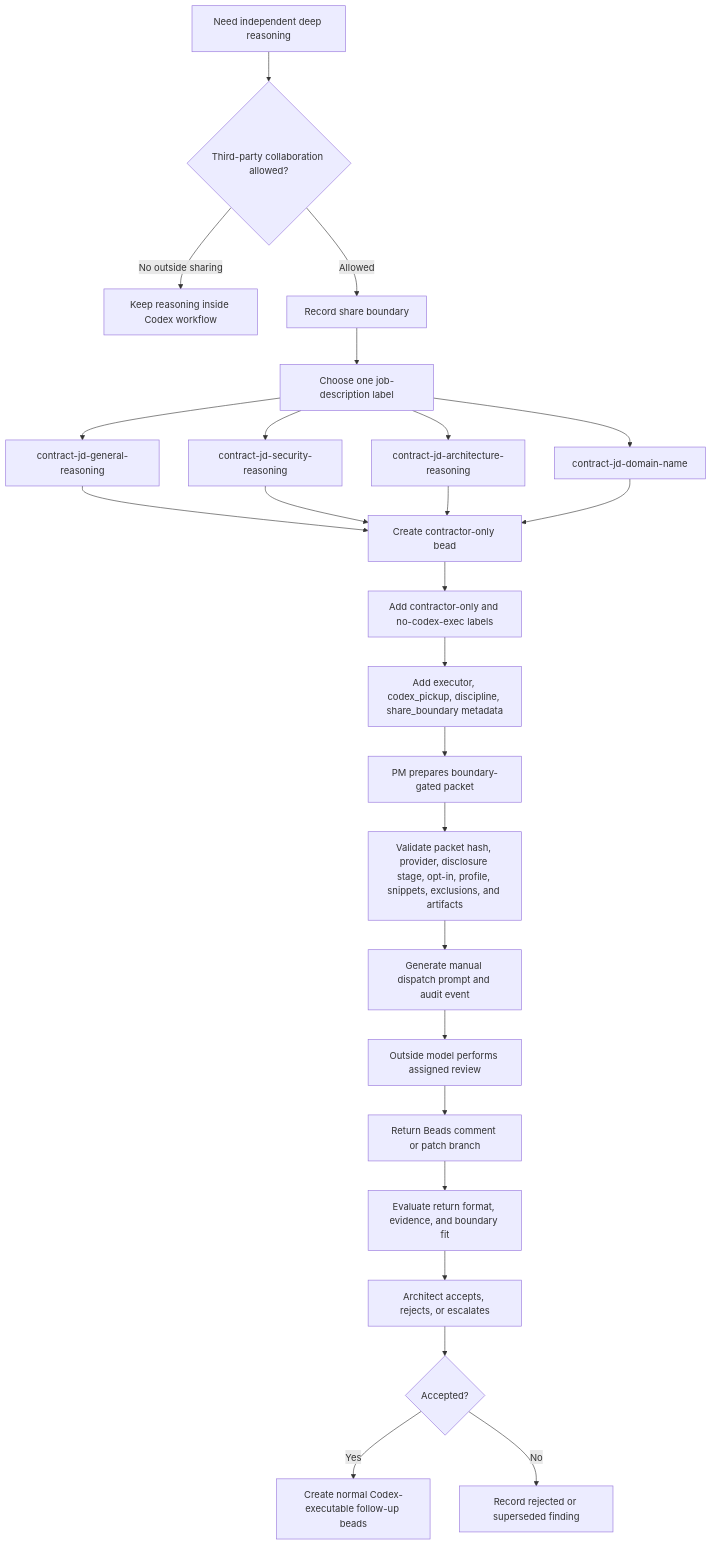
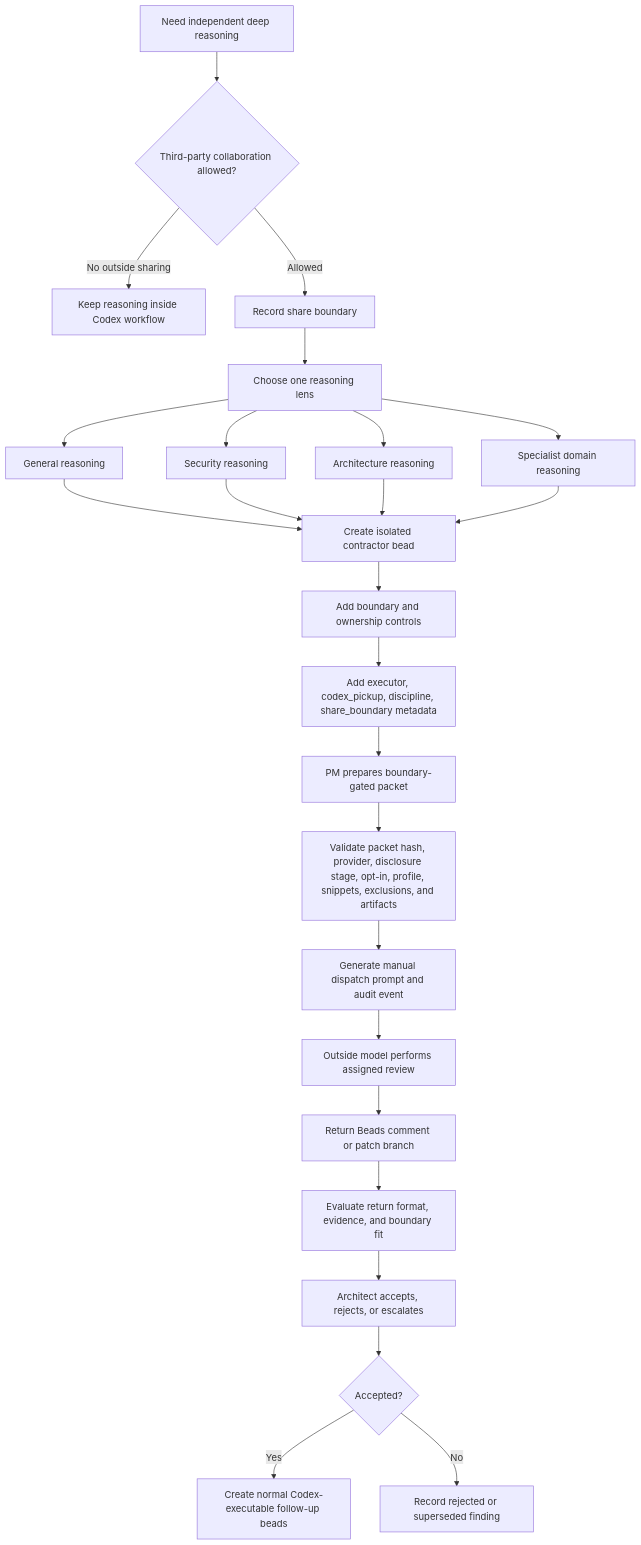
The sixth of 10 diagrams in README.md (gprocunier/complex-work-orchestration), drawn with Mermaid before and after one commit. The commit also changed other lines of this file and 8 other files, not shown here.

````diff
--- a/README.md
+++ b/README.md
@@ -694,30 +700,30 @@
 ```mermaid
 flowchart TD
     Need[Need independent deep reasoning] --> OptIn{Third-party collaboration allowed?}
     OptIn -->|No outside sharing| Internal[Keep reasoning inside Codex workflow]
     OptIn -->|Allowed| Boundary[Record share boundary]
 
-    Boundary --> JD[Choose one job-description label]
-    JD --> General[contract-jd-general-reasoning]
-    JD --> Security[contract-jd-security-reasoning]
-    JD --> Architecture[contract-jd-architecture-reasoning]
-    JD --> Specialist[contract-jd-domain-name]
+    Boundary --> JD[Choose one reasoning lens]
+    JD --> General[General reasoning]
+    JD --> Security[Security reasoning]
+    JD --> Architecture[Architecture reasoning]
+    JD --> Specialist[Specialist domain reasoning]
 
-    General --> Create[Create contractor-only bead]
+    General --> Create[Create isolated contractor bead]
     Security --> Create
     Architecture --> Create
     Specialist --> Create
 
-    Create --> Guard[Add contractor-only and no-codex-exec labels]
+    Create --> Guard[Add boundary and ownership controls]
     Guard --> Metadata[Add executor, codex_pickup, discipline, share_boundary metadata]
     Metadata --> PMPacket[PM prepares boundary-gated packet]
     PMPacket --> Validate[Validate packet hash, provider, disclosure stage, opt-in, profile, snippets, exclusions, and artifacts]
     Validate --> Dispatch[Generate manual dispatch prompt and audit event]
     Dispatch --> Outside[Outside model performs assigned review]
     Outside --> Return[Return Beads comment or patch branch]
     Return --> Evaluate[Evaluate return format, evidence, and boundary fit]
     Evaluate --> Architect[Architect accepts, rejects, or escalates]
     Architect --> Accepted{Accepted?}
     Accepted -->|Yes| Followup[Create normal Codex-executable follow-up beads]
     Accepted -->|No| CloseLoop[Record rejected or superseded finding]
 ```
````
